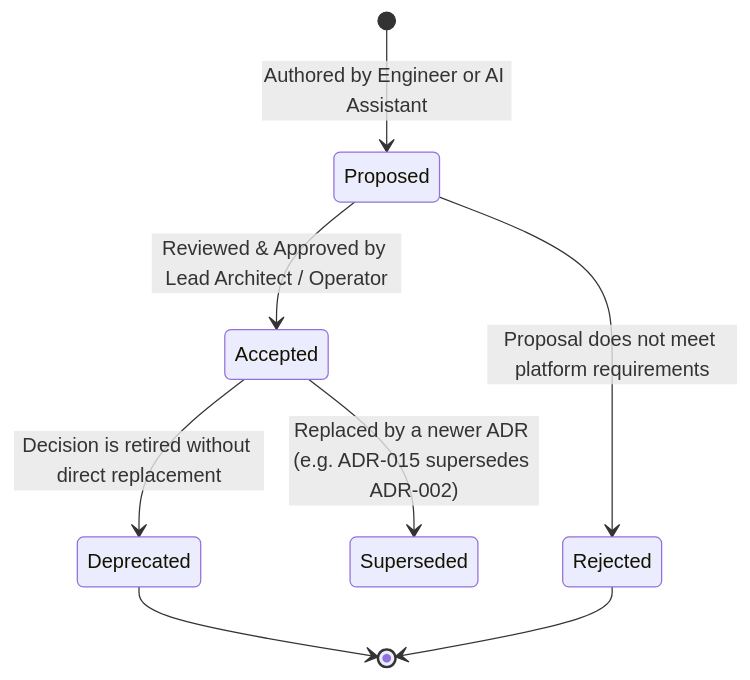
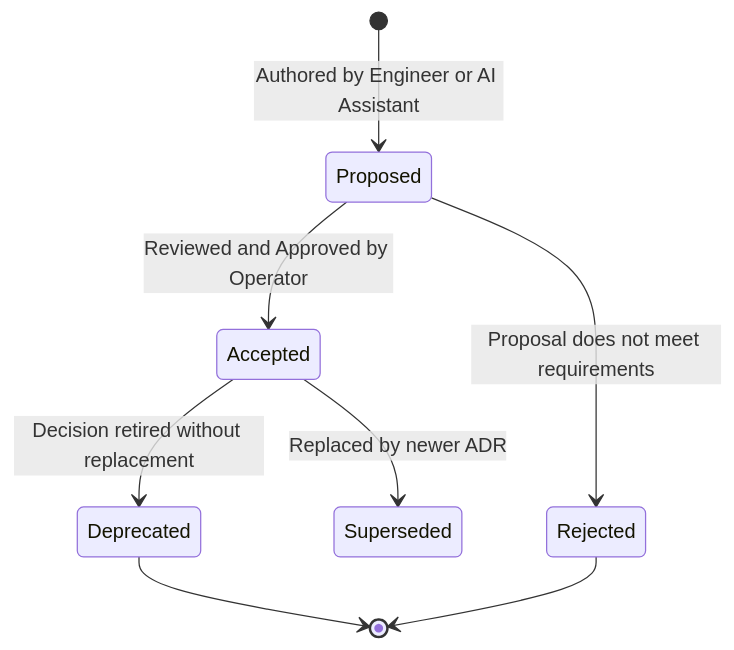
The diagram in context_docs/architecture-decision-records/README.md (ihjohny/DeliveryOS), drawn with Mermaid before and after one commit. The commit also changed 5 other files, not shown here.

Commit message:
fix(adr): sanitize Mermaid diagram syntax across ADR suite for GitHub rich display rendering

````diff
--- a/context_docs/architecture-decision-records/README.md
+++ b/context_docs/architecture-decision-records/README.md
@@ -32,10 +32,10 @@
 ```mermaid
 stateDiagram-v2
     [*] --> Proposed: Authored by Engineer or AI Assistant
-    Proposed --> Accepted: Reviewed & Approved by Lead Architect / Operator
-    Proposed --> Rejected: Proposal does not meet platform requirements
-    Accepted --> Deprecated: Decision is retired without direct replacement
-    Accepted --> Superseded: Replaced by a newer ADR (e.g. ADR-015 supersedes ADR-002)
+    Proposed --> Accepted: Reviewed and Approved by Operator
+    Proposed --> Rejected: Proposal does not meet requirements
+    Accepted --> Deprecated: Decision retired without replacement
+    Accepted --> Superseded: Replaced by newer ADR
     Deprecated --> [*]
     Rejected --> [*]
 ```
````
